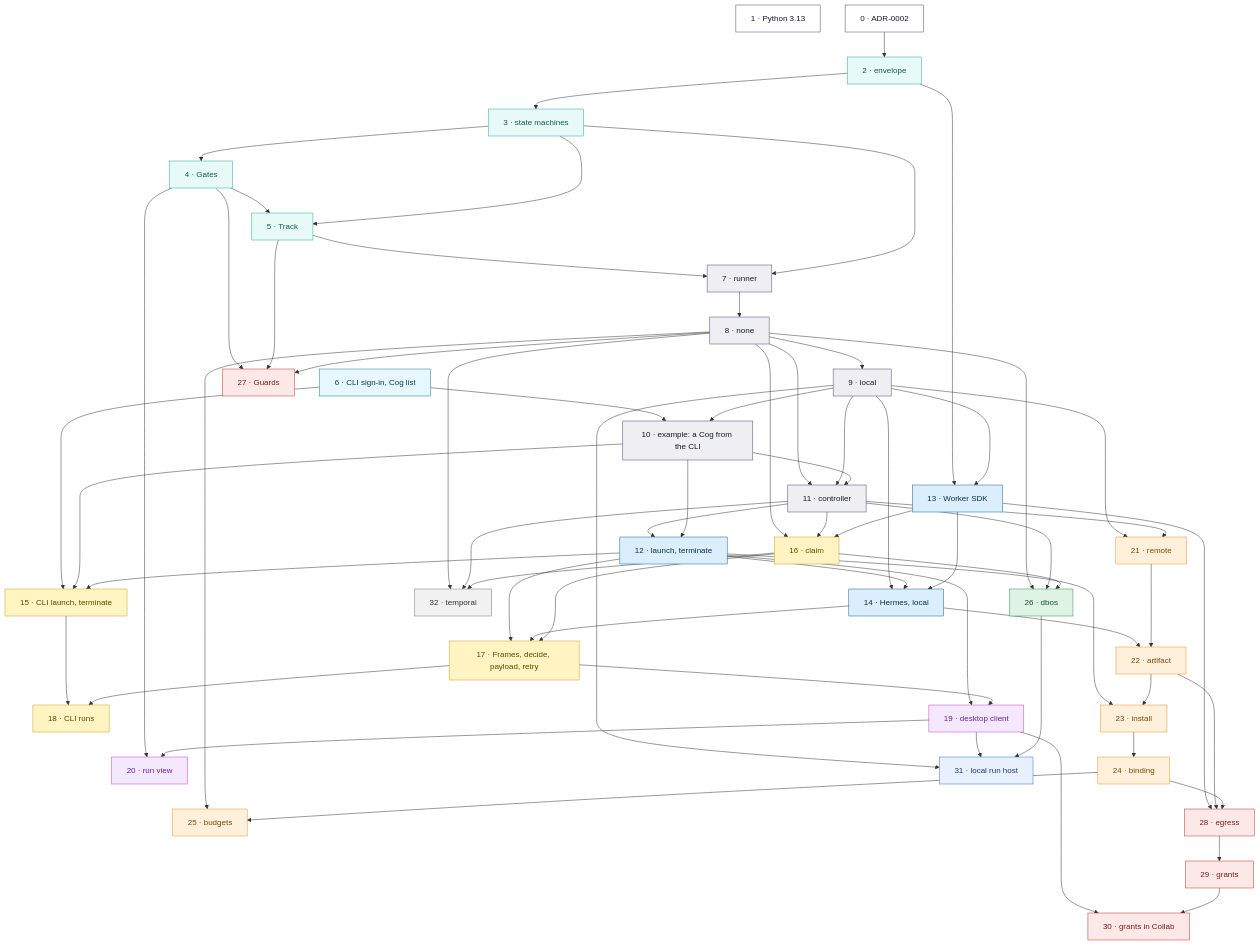
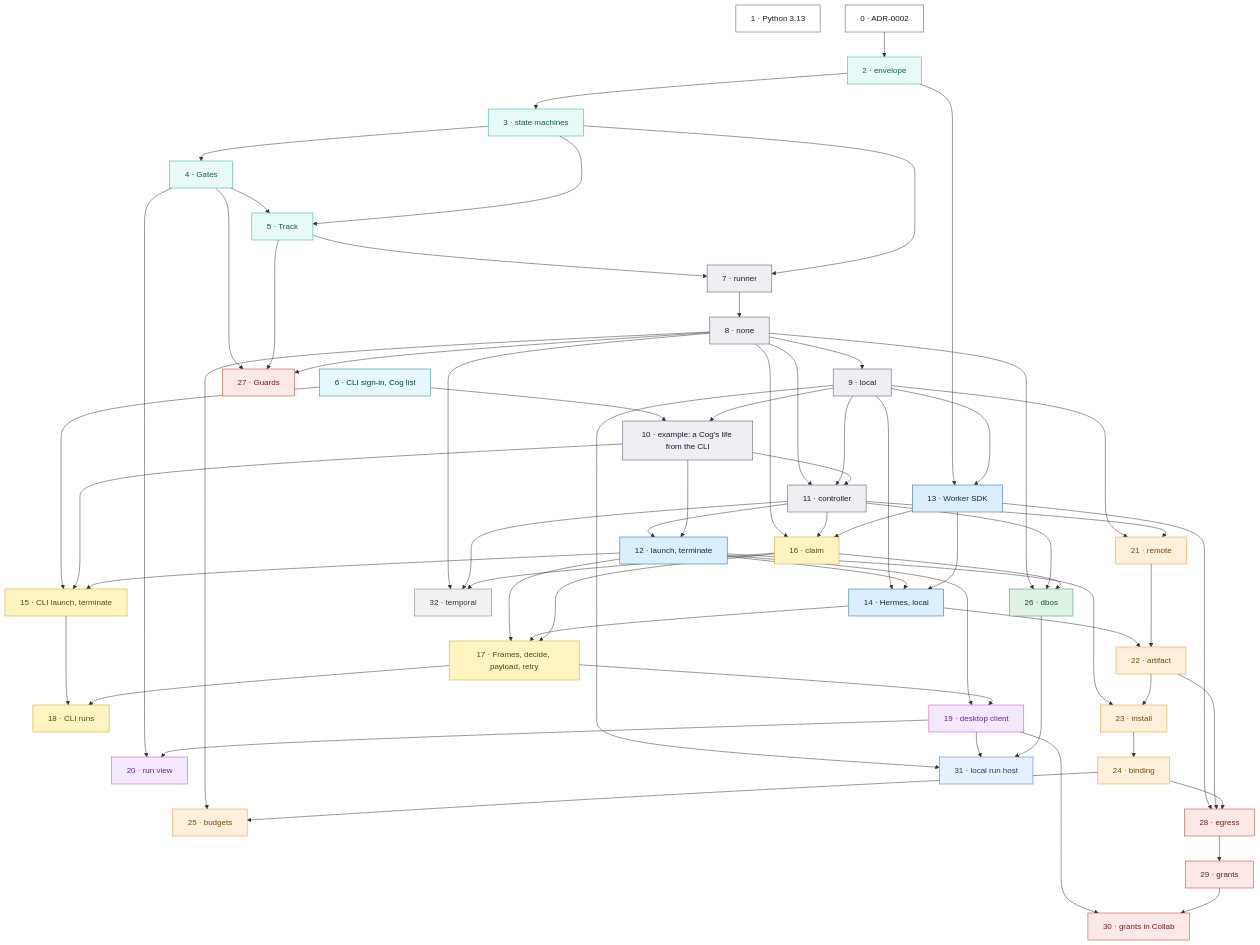
One commit to nebari-dev/collab-hub-pack changed the second of 5 diagrams in COG_EXECUTION.md. Above: the diagram before and after it, drawn with Mermaid. The commit also changed other lines of this file and 27 other files, not shown here.

First line of the commit message:
feat(runs): take the example through a Cog's whole life, signed in and talked to from Toad

````diff
--- a/COG_EXECUTION.md
+++ b/COG_EXECUTION.md
@@ -1039,54 +1042,54 @@
 ```mermaid
 flowchart TD
   ph1["1 · Python 3.13"]
   ph0["0 · ADR-0002"] --> ph2["2 · envelope"] --> ph3["3 · state machines"] --> ph4["4 · Gates"] --> ph5["5 · Track"] --> ph7["7 · runner"] --> ph8["8 · none"]
   ph6["6 · CLI sign-in, Cog list"]
   ph3 --> ph5 & ph7
   ph8 --> ph9["9 · local"]
-  ph6 & ph9 --> ph10["10 · example: a Cog from the CLI"]
+  ph6 & ph9 --> ph10["10 · example: a Cog's life from the CLI"]
   ph8 & ph9 & ph10 --> ph11["11 · controller"] --> ph12["12 · launch, terminate"]
   ph2 & ph9 --> ph13["13 · Worker SDK"]
   ph9 & ph12 & ph13 --> ph14["14 · Hermes, local"]
   ph6 & ph10 & ph12 --> ph15["15 · CLI launch, terminate"]
   ph10 --> ph12
   ph8 & ph11 & ph13 --> ph16["16 · claim"]
   ph12 & ph14 & ph16 --> ph17["17 · Frames, decide, payload, retry"]
   ph15 & ph17 --> ph18["18 · CLI runs"]
   ph12 & ph17 --> ph19["19 · desktop client"]
   ph4 & ph19 --> ph20["20 · run view"]
   ph9 & ph11 --> ph21["21 · remote"]
   ph14 & ph21 --> ph22["22 · artifact"]
   ph12 & ph22 --> ph23["23 · install"] --> ph24["24 · binding"]
   ph8 & ph24 --> ph25["25 · budgets"]
   ph8 & ph11 & ph16 --> ph26["26 · dbos"]
   ph4 & ph5 & ph8 --> ph27["27 · Guards"]
   ph13 & ph22 & ph24 --> ph28["28 · egress"] --> ph29["29 · grants"]
   ph19 & ph29 --> ph30["30 · grants in Collab"]
   ph9 & ph19 & ph26 --> ph31["31 · local run host"]
   ph8 & ph11 & ph16 --> ph32["32 · temporal"]
 
   classDef m0 fill:#ffffff,stroke:#4a4a6a,color:#1a1a2e
   classDef m1 fill:#e8faf8,stroke:#20aaa1,color:#0d5d57
   classDef m2 fill:#e6f7ff,stroke:#1f7a99,color:#0b3d4d
   classDef m3 fill:#eeeef3,stroke:#4a4a6a,color:#1a1a2e
   classDef m4 fill:#dbeefc,stroke:#1f5f99,color:#0b2e4d
   classDef m5 fill:#fff4c2,stroke:#c9a227,color:#5c4a00
   classDef m6 fill:#f3e8fc,stroke:#c840e9,color:#6b21a8
   classDef m7 fill:#fef0db,stroke:#e8952c,color:#7c4a03
   classDef m8 fill:#dff3e4,stroke:#2e8b57,color:#14532d
   classDef m9 fill:#fde8e8,stroke:#c0392b,color:#7b1d14
   classDef m10 fill:#e8f0fe,stroke:#3b6fd8,color:#1c3d7a
   classDef m11 fill:#f1f1f1,stroke:#777,color:#333
   class ph0,ph1 m0
   class ph2,ph3,ph4,ph5 m1
   class ph6 m2
   class ph7,ph8,ph9,ph10,ph11 m3
   class ph12,ph13,ph14 m4
   class ph15,ph16,ph17,ph18 m5
   class ph19,ph20 m6
   class ph21,ph22,ph23,ph24,ph25 m7
   class ph26 m8
   class ph27,ph28,ph29,ph30 m9
   class ph31 m10
   class ph32 m11
 ```
````
